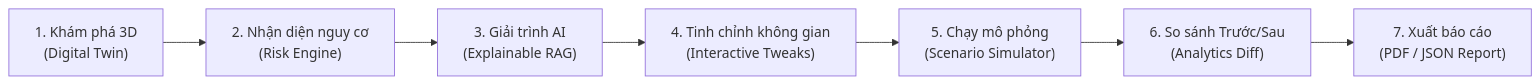
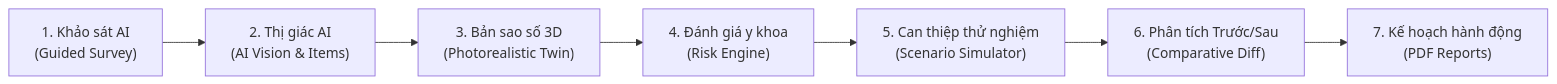
The diagram in docs/USER_GUIDE.md (NguyenTriBaoThang/SafeHome3DAI), drawn with Mermaid before and after one commit. The commit also changed other lines of this file and 12 other files, not shown here.

Commit message:
docs: update architecture documentation and add documentation site pages

````diff
--- a/docs/USER_GUIDE.md
+++ b/docs/USER_GUIDE.md
@@ -10,9 +13,9 @@
 ```mermaid
 flowchart LR
-    A["1. Khám phá 3D<br>(Digital Twin)"] --> B["2. Nhận diện nguy cơ<br>(Risk Engine)"]
-    B --> C["3. Giải trình AI<br>(Explainable RAG)"]
-    C --> D["4. Tinh chỉnh không gian<br>(Interactive Tweaks)"]
-    D --> E["5. Chạy mô phỏng<br>(Scenario Simulator)"]
-    E --> F["6. So sánh Trước/Sau<br>(Analytics Diff)"]
-    F --> G["7. Xuất báo cáo<br>(PDF / JSON Report)"]
+    A["1. Khảo sát AI<br>(Guided Survey)"] --> B["2. Thị giác AI<br>(AI Vision & Items)"]
+    B --> C["3. Bản sao số 3D<br>(Photorealistic Twin)"]
+    C --> D["4. Đánh giá y khoa<br>(Risk Engine)"]
+    D --> E["5. Can thiệp thử nghiệm<br>(Scenario Simulator)"]
+    E --> F["6. Phân tích Trước/Sau<br>(Comparative Diff)"]
+    F --> G["7. Kế hoạch hành động<br>(PDF Reports)"]
 ```
````
